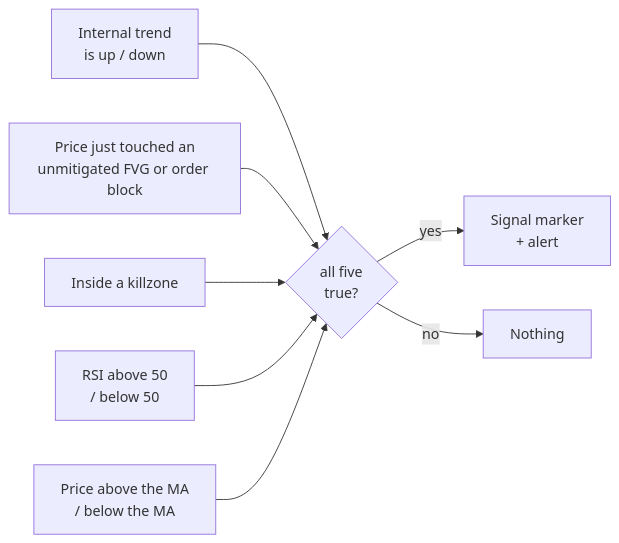
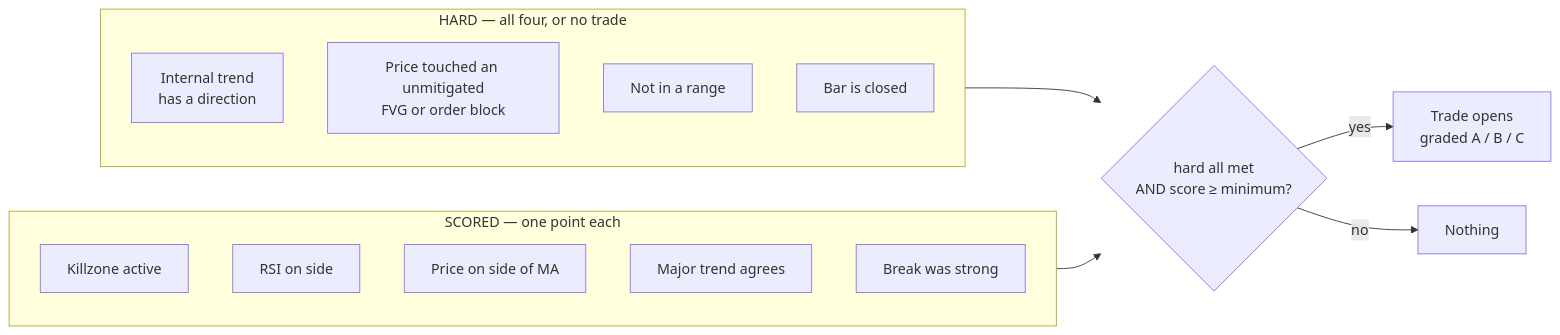
Before and after one commit to IbrahimKeshta/TradingViewIndicator: the third of 3 diagrams in README.md, drawn with Mermaid. The commit also changed other lines of this file and 2 other files, not shown here.

First line of the commit message:
docs: document the trade engine in the README

````diff
--- a/README.md
+++ b/README.md
@@ -129,10 +137,20 @@
 ```mermaid
 flowchart LR
-    A["Internal trend<br/>is up / down"] --> G{"all five<br/>true?"}
-    B["Price just touched an<br/>unmitigated FVG or order block"] --> G
-    C["Inside a killzone"] --> G
-    D["RSI above 50<br/>/ below 50"] --> G
-    E["Price above the MA<br/>/ below the MA"] --> G
-    G -->|yes| S["Signal marker<br/>+ alert"]
-    G -->|no| W["Nothing"]
+    subgraph H["HARD — all four, or no trade"]
+        H1["Internal trend<br/>has a direction"]
+        H2["Price touched an unmitigated<br/>FVG or order block"]
+        H3["Not in a range"]
+        H4["Bar is closed"]
+    end
+    subgraph S["SCORED — one point each"]
+        S1["Killzone active"]
+        S2["RSI on side"]
+        S3["Price on side of MA"]
+        S4["Major trend agrees"]
+        S5["Break was strong"]
+    end
+    H --> G{"hard all met<br/>AND score &ge; minimum?"}
+    S --> G
+    G -->|yes| T["Trade opens<br/>graded A / B / C"]
+    G -->|no| N["Nothing"]
 ```
````
